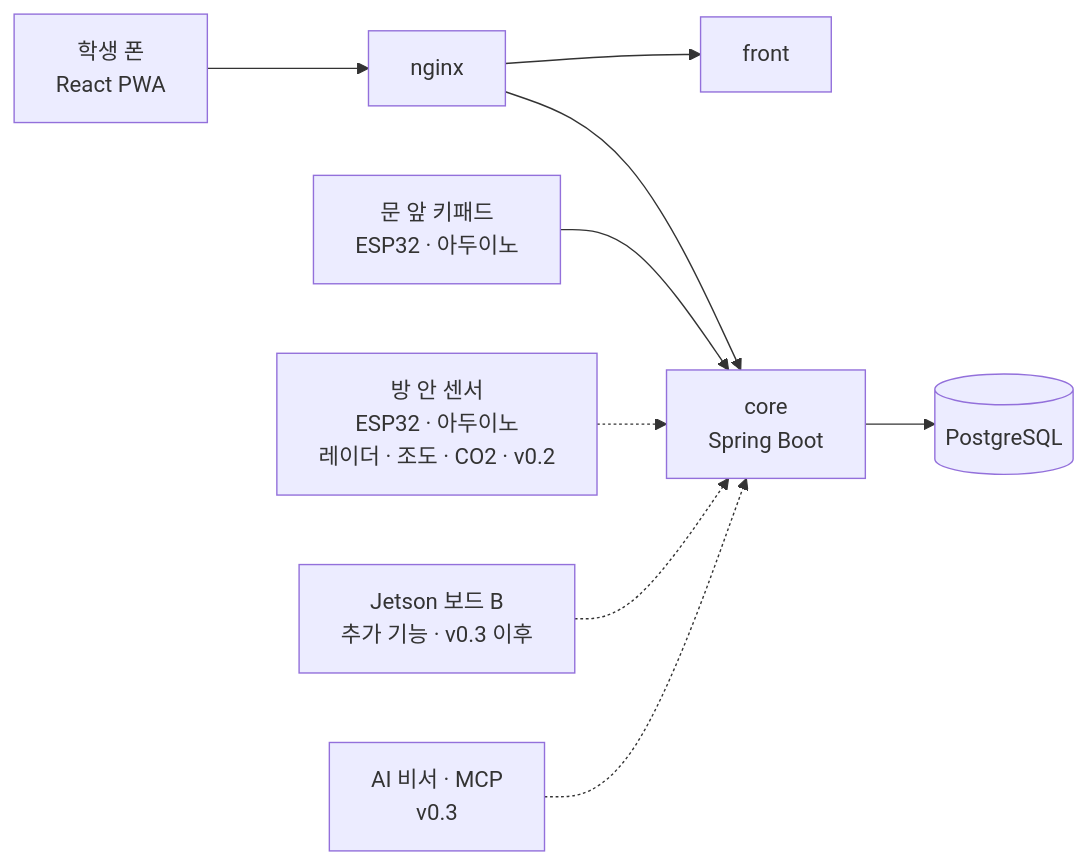
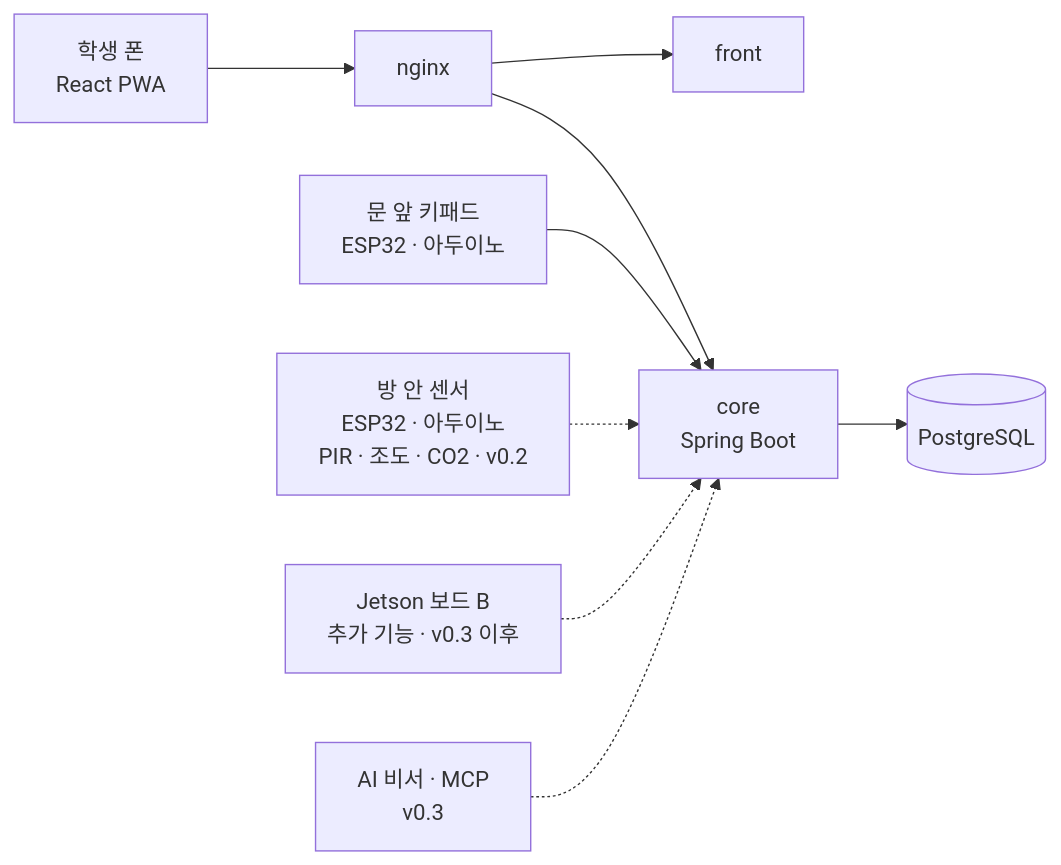
One commit to AI-go-do/docs changed the first of 2 diagrams in requirements/requirements.md. Above: the diagram before and after it, drawn with Mermaid. The commit also changed other lines of this file and 5 other files, not shown here.

````diff
--- a/requirements/requirements.md
+++ b/requirements/requirements.md
@@ -59,11 +59,11 @@
 ```mermaid
 flowchart LR
     phone[학생 폰<br/>React PWA] --> nginx[nginx]
     nginx --> front[front]
     nginx --> core[core<br/>Spring Boot]
     core --> db[(PostgreSQL)]
     keypad[문 앞 키패드<br/>ESP32 · 아두이노] --> core
-    sensor[방 안 센서<br/>ESP32 · 아두이노<br/>레이더 · 조도 · CO2 · v0.2] -.-> core
+    sensor[방 안 센서<br/>ESP32 · 아두이노<br/>PIR · 조도 · CO2 · v0.2] -.-> core
     jetson[Jetson 보드 B<br/>추가 기능 · v0.3 이후] -.-> core
     agent[AI 비서 · MCP<br/>v0.3] -.-> core
 ```
````
